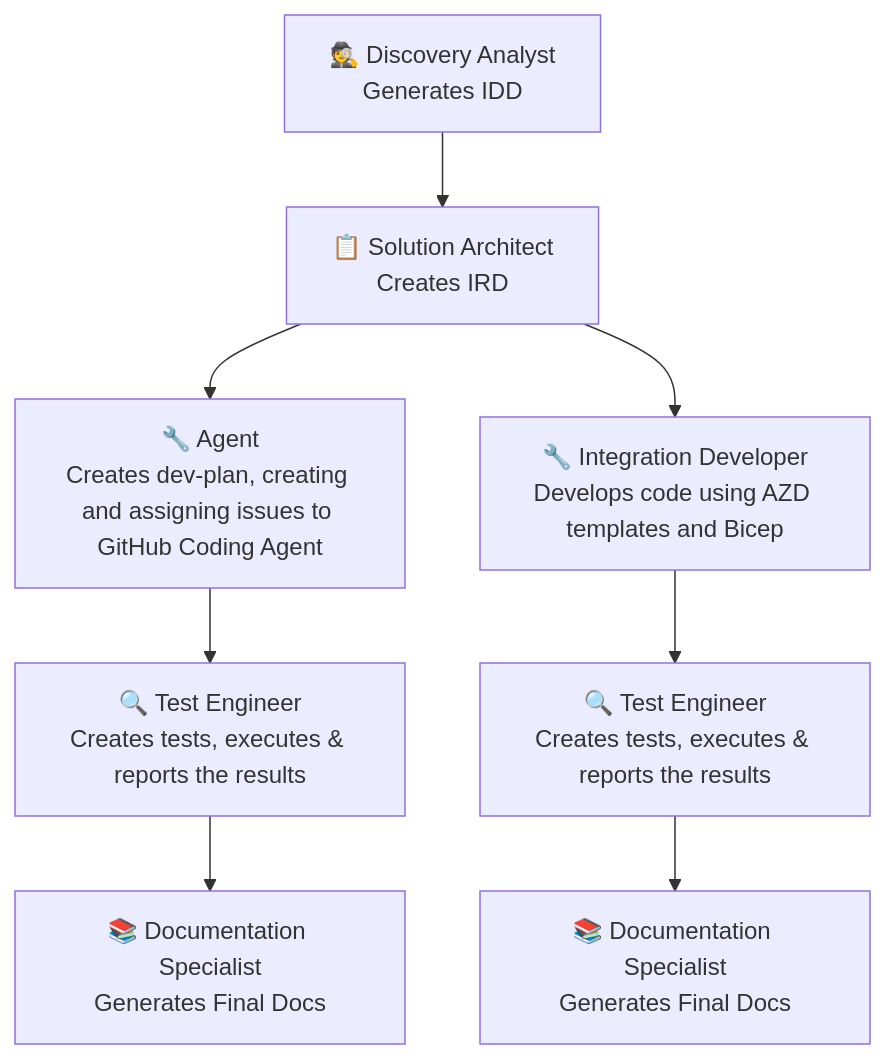
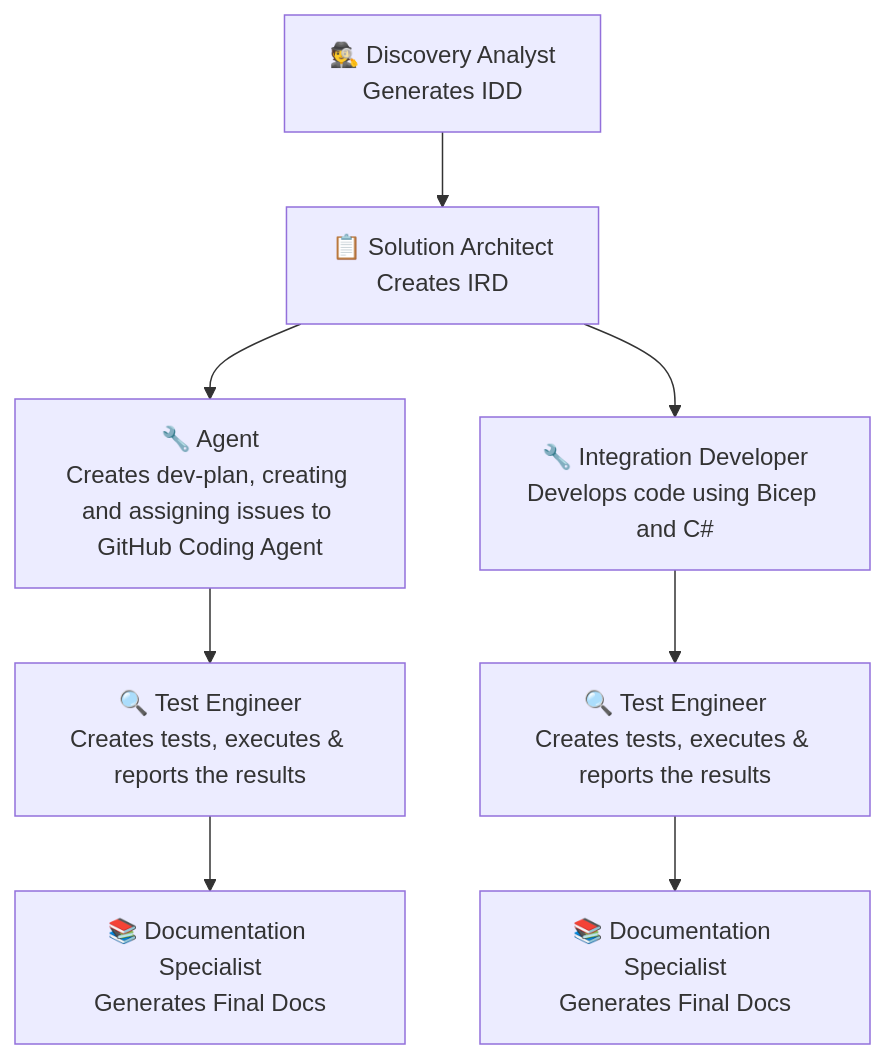
One commit to pascalvanderheiden/ais-ai-dev-template-copilot changed the diagram in README.md. Above: the diagram before and after it, drawn with Mermaid. The commit also changed other lines of this file, not shown here.

Commit message:
Refactor README: update integration developer role description to clarify code development using C# and Bicep, removing reference to AZD templates.

````diff
--- a/README.md
+++ b/README.md
@@ -13,10 +13,10 @@
 ```mermaid
 flowchart TD
     A[🕵️ Discovery Analyst<br/>Generates IDD] --> B[📋 Solution Architect<br/>Creates IRD]
     B --> C[🔧 Agent<br/>Creates dev-plan, creating and assigning issues to GitHub Coding Agent]
-    B --> D[🔧 Integration Developer<br/>Develops code using AZD templates and Bicep]
+    B --> D[🔧 Integration Developer<br/>Develops code using Bicep and C#]
     C --> E[🔍 Test Engineer<br/>Creates tests, executes & reports the results]
     E --> F[📚 Documentation Specialist<br/>Generates Final Docs]
     D --> G[🔍 Test Engineer<br/>Creates tests, executes & reports the results]
     G --> H[📚 Documentation Specialist<br/>Generates Final Docs]
 ```
````
